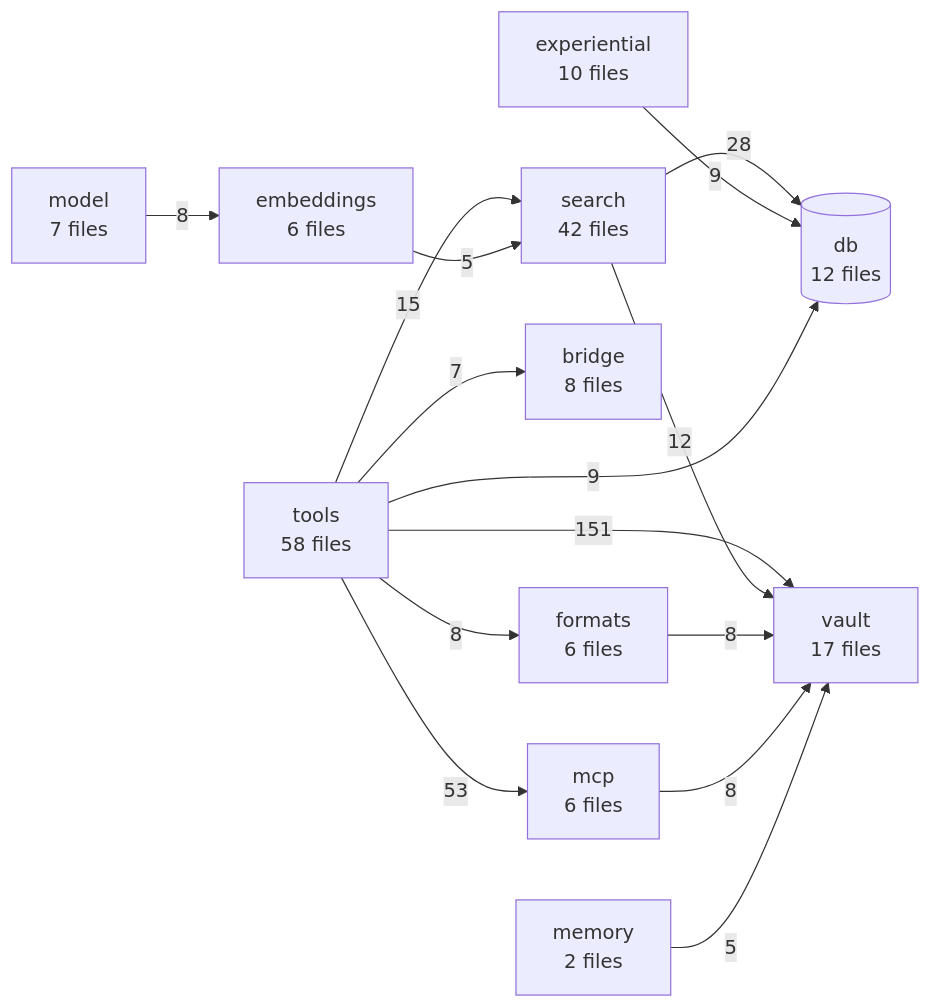
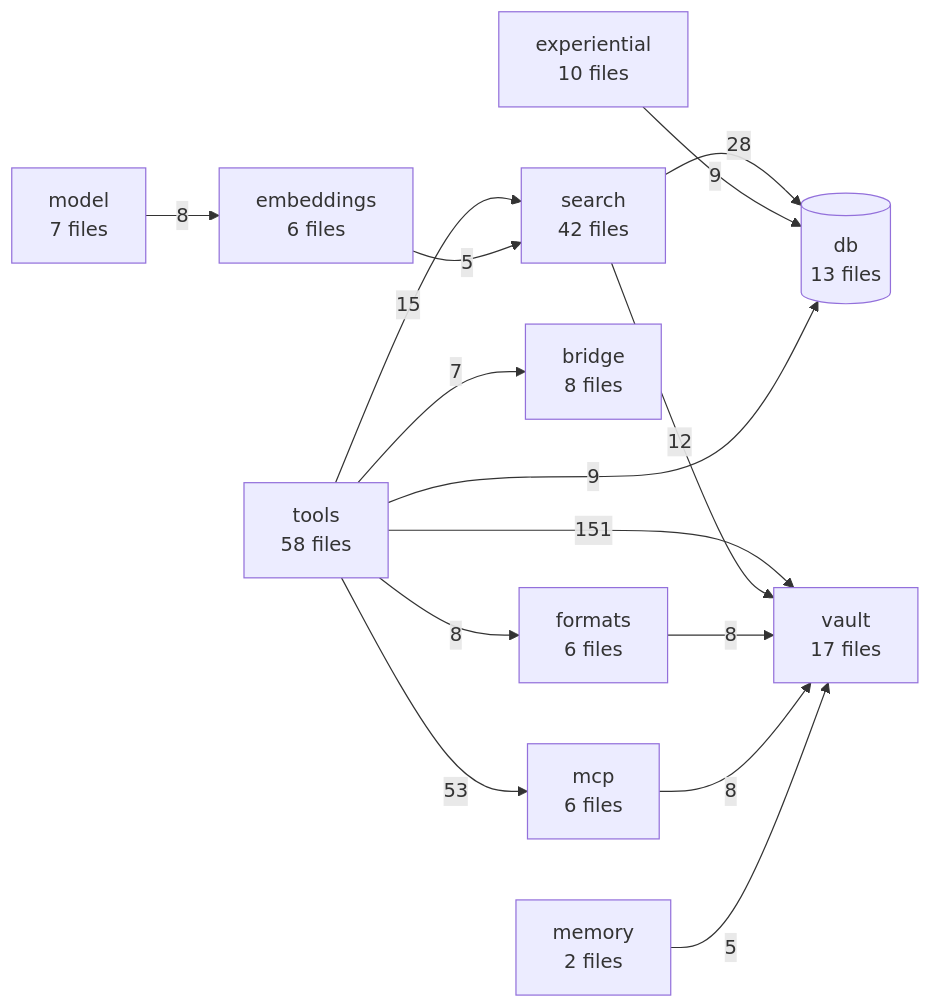
One commit to The-40-Thieves/obsidian-tc changed the diagram in TREE.md. Above: the diagram before and after it, drawn with Mermaid. The commit also changed other lines of this file and 9 other files, not shown here.

````diff
--- a/TREE.md
+++ b/TREE.md
@@ -205,29 +205,29 @@
 ```mermaid
 flowchart LR
   tools[tools<br/>58 files]
   search[search<br/>42 files]
   vault[vault<br/>17 files]
-  db[(db<br/>12 files)]
+  db[(db<br/>13 files)]
   experiential[experiential<br/>10 files]
   bridge[bridge<br/>8 files]
   model[model<br/>7 files]
   embeddings[embeddings<br/>6 files]
   formats[formats<br/>6 files]
   mcp[mcp<br/>6 files]
   memory[memory<br/>2 files]
 
   tools -->|151| vault
   tools -->|53| mcp
   search -->|28| db
   tools -->|15| search
   search -->|12| vault
   experiential -->|9| db
   tools -->|9| db
   formats -->|8| vault
   mcp -->|8| vault
   model -->|8| embeddings
   tools -->|8| formats
   tools -->|7| bridge
   embeddings -->|5| search
   memory -->|5| vault
 ```
````
